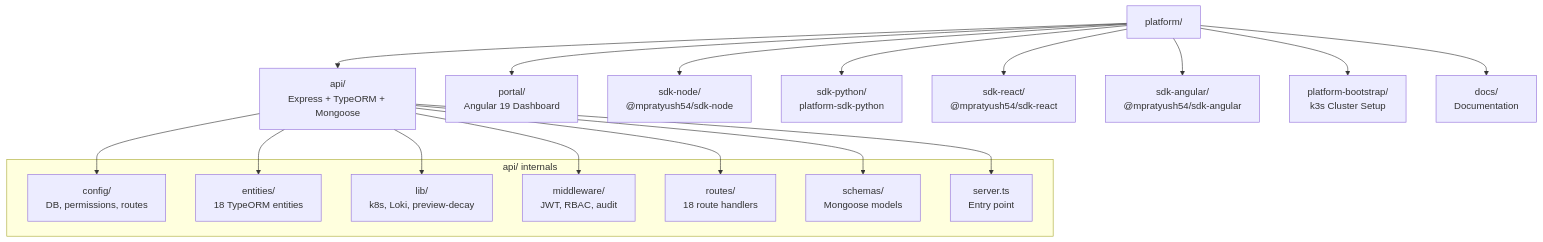
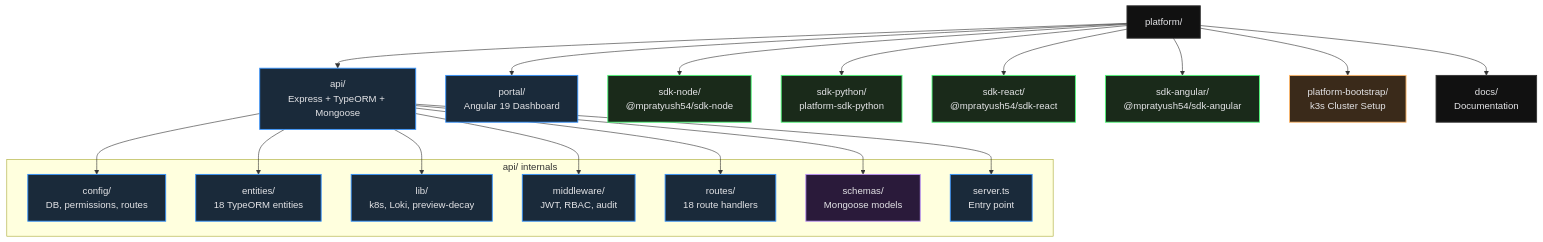
One commit to Mpratyush54/caps-platform changed the diagram in docs/getting-started/project-structure.md. Above: the diagram before and after it, drawn with Mermaid. The commit also changed 7 other files, not shown here.

Commit message:
docs: design overhaul — semantic colors, terminal-frame code blocks, monospace API badges, mermaid classDef colors, responsive diagram sizing

````diff
--- a/docs/getting-started/project-structure.md
+++ b/docs/getting-started/project-structure.md
@@ -5,39 +5,46 @@
 ```mermaid
 graph TB
-    Root["platform/"]
-    API["api/<br/>Express + TypeORM + Mongoose"]
-    Portal["portal/<br/>Angular 19 Dashboard"]
-    SDKNode["sdk-node/<br/>@mpratyush54/sdk-node"]
-    SDKPython["sdk-python/<br/>platform-sdk-python"]
-    SDKReact["sdk-react/<br/>@mpratyush54/sdk-react"]
-    SDKAngular["sdk-angular/<br/>@mpratyush54/sdk-angular"]
-    Bootstrap["platform-bootstrap/<br/>k3s Cluster Setup"]
-    Docs["docs/<br/>Documentation"]
+
+    classDef platform fill:#1a2a3a,stroke:#3794ff,stroke-width:1.5px,color:#e4e4e7;
+    classDef code fill:#1a2a1a,stroke:#50fa7b,stroke-width:1.5px,color:#e4e4e7;
+    classDef action fill:#3a2a1a,stroke:#ffb86c,stroke-width:1.5px,color:#e4e4e7;
+    classDef external fill:#2a1a3a,stroke:#bd93f9,stroke-width:1.5px,color:#e4e4e7;
+    classDef neutral fill:#111,stroke:#333,stroke-width:1.5px,color:#e4e4e7;
+
+    Root["platform/"]:::neutral
+    API["api/<br/>Express + TypeORM + Mongoose"]:::platform
+    Portal["portal/<br/>Angular 19 Dashboard"]:::platform
+    SDKNode["sdk-node/<br/>@mpratyush54/sdk-node"]:::code
+    SDKPython["sdk-python/<br/>platform-sdk-python"]:::code
+    SDKReact["sdk-react/<br/>@mpratyush54/sdk-react"]:::code
+    SDKAngular["sdk-angular/<br/>@mpratyush54/sdk-angular"]:::code
+    Bootstrap["platform-bootstrap/<br/>k3s Cluster Setup"]:::action
+    Docs["docs/<br/>Documentation"]:::neutral
 
     subgraph APIInternals["api/ internals"]
-        Config["config/<br/>DB, permissions, routes"]
-        Entities["entities/<br/>18 TypeORM entities"]
-        Lib["lib/<br/>k8s, Loki, preview-decay"]
-        Middleware["middleware/<br/>JWT, RBAC, audit"]
-        Routes["routes/<br/>18 route handlers"]
-        Schemas["schemas/<br/>Mongoose models"]
-        Server["server.ts<br/>Entry point"]
+        Config["config/<br/>DB, permissions, routes"]:::platform
+        Entities["entities/<br/>18 TypeORM entities"]:::platform
+        Lib["lib/<br/>k8s, Loki, preview-decay"]:::platform
+        Middleware["middleware/<br/>JWT, RBAC, audit"]:::platform
+        Routes["routes/<br/>18 route handlers"]:::platform
+        Schemas["schemas/<br/>Mongoose models"]:::external
+        Server["server.ts<br/>Entry point"]:::platform
     end
 
     Root --> API
     Root --> Portal
     Root --> SDKNode
     Root --> SDKPython
     Root --> SDKReact
     Root --> SDKAngular
     Root --> Bootstrap
     Root --> Docs
 
     API --> Config
     API --> Entities
     API --> Lib
     API --> Middleware
     API --> Routes
     API --> Schemas
     API --> Server
 ```
````
